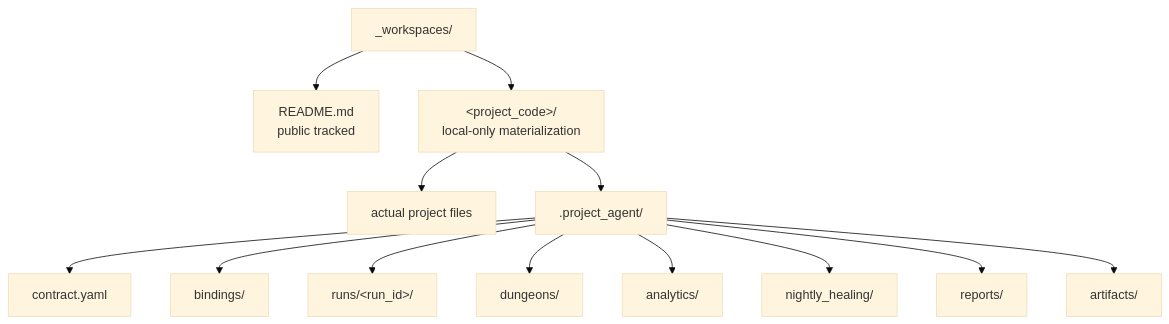
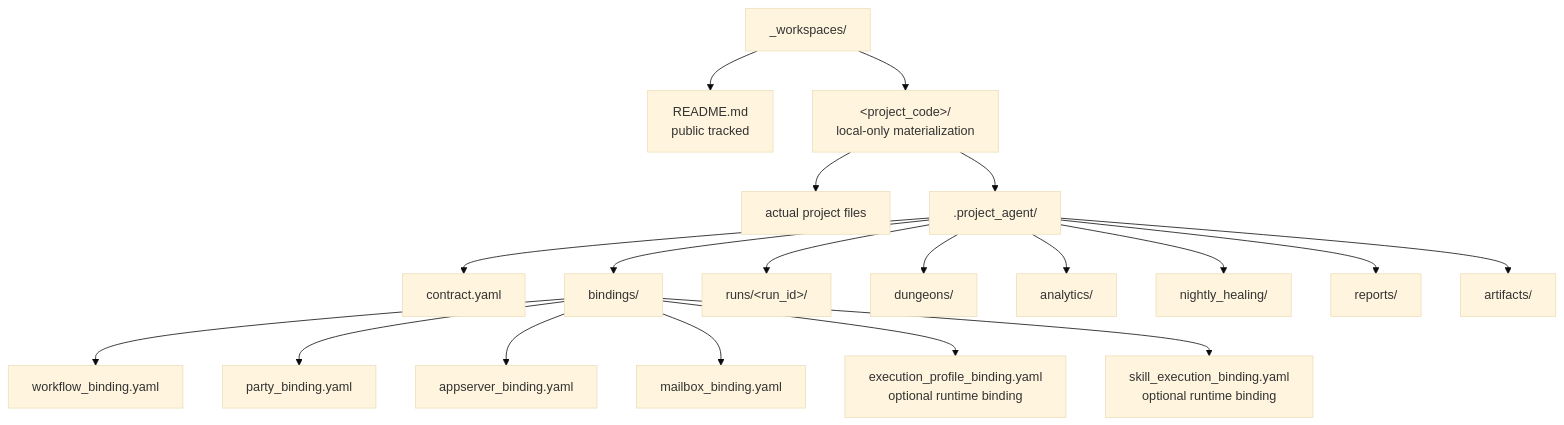
Before and after one commit to SungYongMOON/soulforge: the diagram in docs/architecture/workspace/WORKSPACE_PROJECT_MODEL.md, drawn with Mermaid (base theme). The commit also changed other lines of this file and 19 other files, not shown here.

Commit message:
문서: workflow execution binding 규약과 tracked example 추가

````diff
--- a/docs/architecture/workspace/WORKSPACE_PROJECT_MODEL.md
+++ b/docs/architecture/workspace/WORKSPACE_PROJECT_MODEL.md
@@ -11,15 +11,21 @@
 ```mermaid
 flowchart TD
   W["_workspaces/"] --> R["README.md<br/>public tracked"]
   W --> P["&lt;project_code&gt;/<br/>local-only materialization"]
   P --> F["actual project files"]
   P --> PA[".project_agent/"]
   PA --> C["contract.yaml"]
   PA --> B["bindings/"]
+  B --> WB["workflow_binding.yaml"]
+  B --> PB["party_binding.yaml"]
+  B --> AB["appserver_binding.yaml"]
+  B --> MB["mailbox_binding.yaml"]
+  B --> EP["execution_profile_binding.yaml<br/>optional runtime binding"]
+  B --> SB["skill_execution_binding.yaml<br/>optional runtime binding"]
   PA --> RUN["runs/&lt;run_id&gt;/"]
   PA --> D["dungeons/"]
   PA --> A["analytics/"]
   PA --> N["nightly_healing/"]
   PA --> RP["reports/"]
   PA --> AR["artifacts/"]
 ```
````
